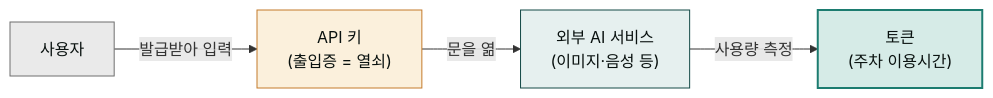
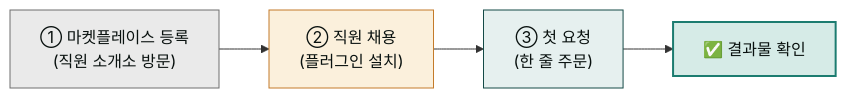
Before and after one commit to modu-ai/claude: the diagram in www/content/getting-started/first-task.md, drawn with Mermaid. The commit also changed other lines of this file and 51 other files, not shown here.

````diff
--- a/www/content/getting-started/first-task.md
+++ b/www/content/getting-started/first-task.md
@@ -84,11 +11,11 @@
 ```mermaid
 flowchart LR
-    A["사용자"] -->|발급받아 입력| B["API 키<br/>(출입증 = 열쇠)"]
-    B -->|문을 엶| C["외부 AI 서비스<br/>(이미지·음성 등)"]
-    C -->|사용량 측정| D["토큰<br/>(주차 이용시간)"]
+    A["① 마켓플레이스 등록<br/>(직원 소개소 방문)"] --> B["② 직원 채용<br/>(플러그인 설치)"]
+    B --> C["③ 첫 요청<br/>(한 줄 주문)"]
+    C --> D["✅ 결과물 확인"]
 
     style A fill:#eaeaea,stroke:#6e6e6e,color:#09110f
     style B fill:#fbf0dc,stroke:#c47b2a,color:#09110f
     style C fill:#e6f0ef,stroke:#144a46,color:#09110f
     style D fill:#d6ebe7,stroke:#1c7c70,stroke-width:2px,color:#09110f
 ```
````
